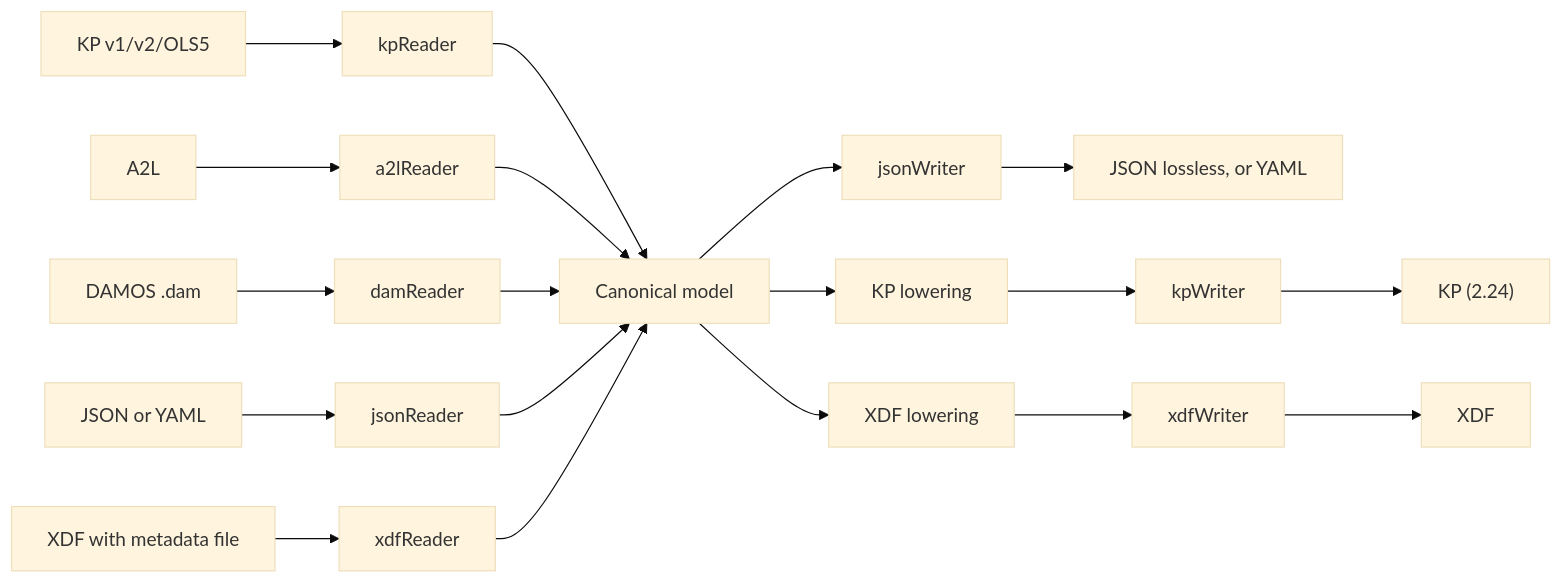
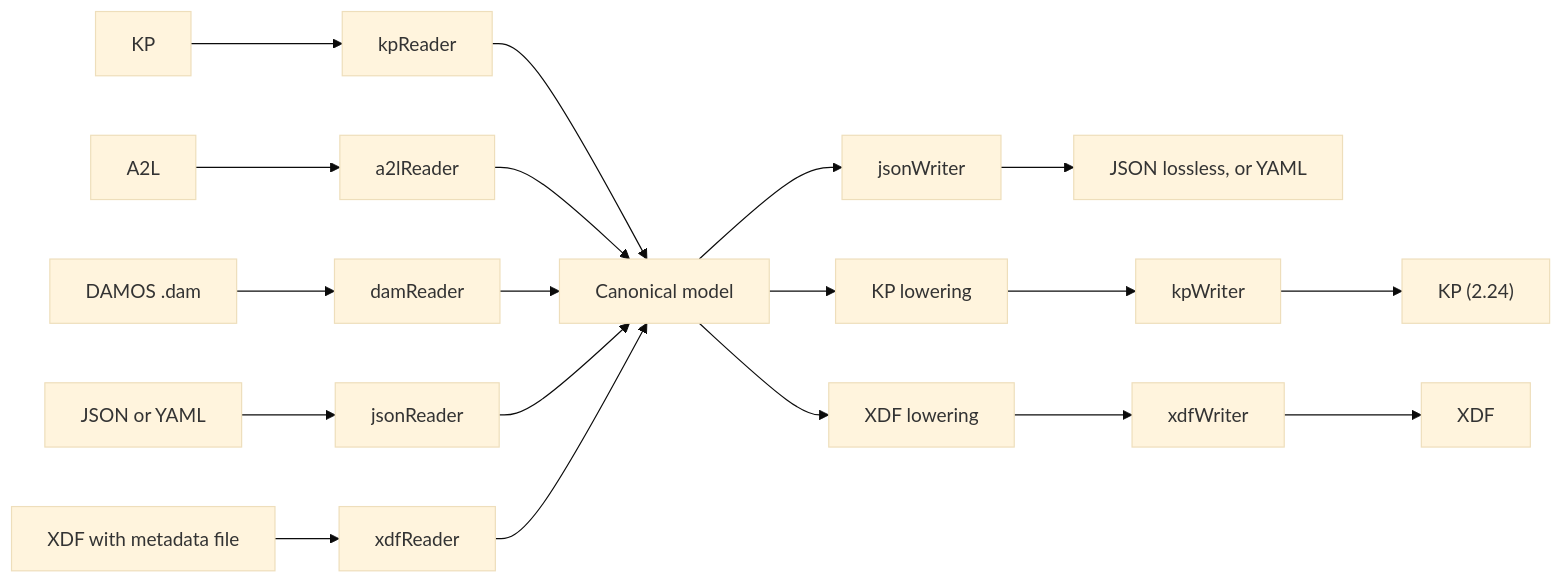
One commit to nyetlabs/xdfkit changed the diagram in docs/design.md. Above: the diagram before and after it, drawn with Mermaid (base theme). The commit also changed other lines of this file and 13 other files, not shown here.

````diff
--- a/docs/design.md
+++ b/docs/design.md
@@ -68,17 +68,17 @@
 ```mermaid
 flowchart LR
-    kpIn["KP v1/v2/OLS5"] --> kpReader
+    kpIn[KP] --> kpReader
     a2lIn[A2L] --> a2lReader
     damIn["DAMOS .dam"] --> damReader
     jsonIn["JSON or YAML"] --> jsonReader
     xdfIn["XDF with metadata file"] --> xdfReader
     kpReader --> model
     a2lReader --> model
     damReader --> model
     jsonReader --> model
     xdfReader --> model
     model["Canonical model"] --> jsonWriter
     jsonWriter --> jsonOut["JSON lossless, or YAML"]
     model --> lowerKp["KP lowering"] --> kpWriter --> kpOut["KP (2.24)"]
     model --> lowerXdf["XDF lowering"] --> xdfWriter --> xdfOut[XDF]
 ```
````
